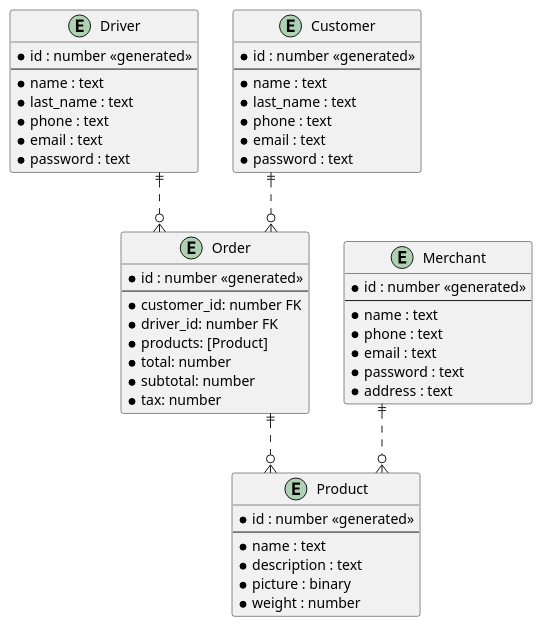
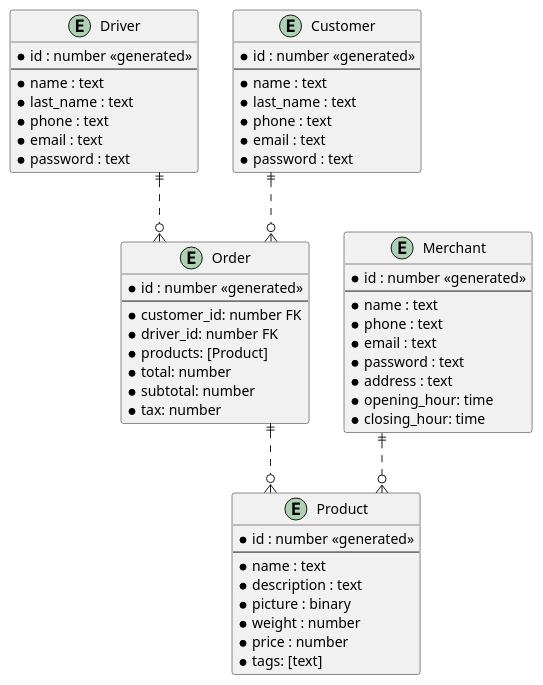
One commit to jjzcru/stevens-564 changed the diagram in Final Project/images/data-model-diagram.pu. Above: the diagram before and after it, drawn with PlantUML. The commit also changed 11 other files, not shown here.

```diff
--- a/Final Project/images/data-model-diagram.pu
+++ b/Final Project/images/data-model-diagram.pu
@@ -1,61 +1,65 @@
 @startuml
 
 ' avoid problems with angled crows feet
 skinparam linetype ortho
 
 entity "Driver" as driver {
   *id : number <<generated>>
   --
   *name : text
   *last_name : text
   *phone : text
   *email : text
   *password : text
 }
 
 entity "Customer" as customer {
   *id : number <<generated>>
   --
   *name : text
   *last_name : text
   *phone : text
   *email : text
   *password : text
 }
 
 entity "Merchant" as merchant {
   *id : number <<generated>>
   --
   *name : text
   *phone : text
   *email : text
   *password : text
   *address : text
+  *opening_hour: time 
+  *closing_hour: time 
 }
 
 entity "Product" as product {
   *id : number <<generated>>
   --
   *name : text
   *description : text
   *picture : binary
   *weight : number
+  *price : number
+  *tags: [text]
 }
 
 entity "Order" as order {
   *id : number <<generated>>
   --
   *customer_id: number FK
   *driver_id: number FK
   *products: [Product]
   *total: number
   *subtotal: number
   *tax: number
 }
 
 customer ||..o{ order
 driver ||..o{ order
 order ||..o{ product
 merchant ||..o{ product
 
 @enduml
```
